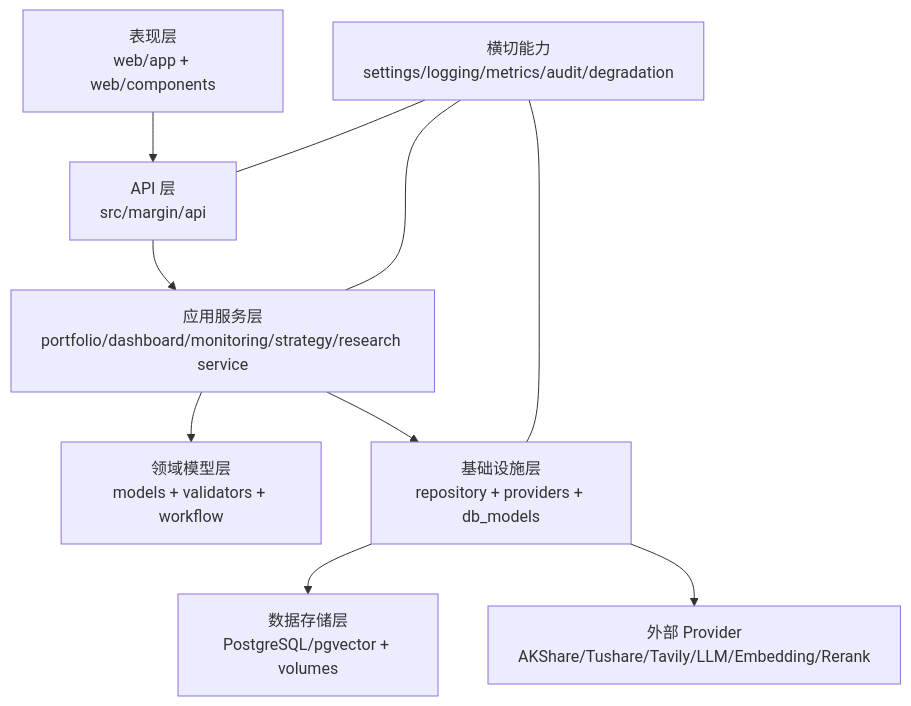
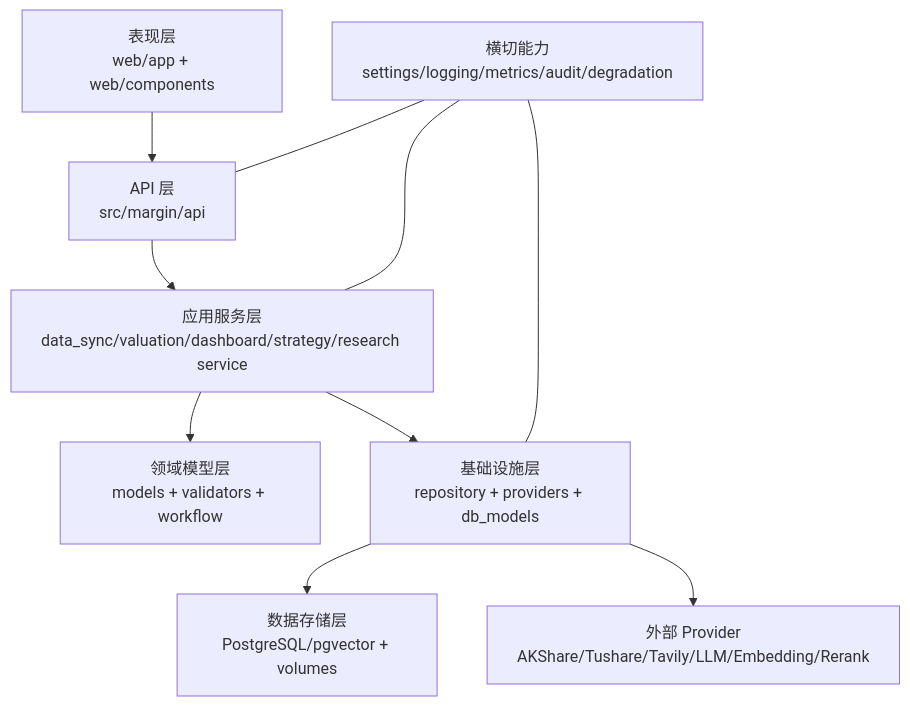
Before and after one commit to RickyW0529/Margin: the fifth of 16 diagrams in docs/design/v0.2/architecture/Margin_架构设计_v0.2_中文.md, drawn with Mermaid. The commit also changed other lines of this file and 469 other files, not shown here.

First line of the commit message:
fix(research,dashboard): repair deepseek-broken files; wire frontend↔backend through; refactor UI shell

````diff
--- a/docs/design/v0.2/architecture/Margin_架构设计_v0.2_中文.md
+++ b/docs/design/v0.2/architecture/Margin_架构设计_v0.2_中文.md
@@ -207,21 +1073,21 @@
 ```mermaid
 flowchart TB
     UI[表现层<br/>web/app + web/components]
     API[API 层<br/>src/margin/api]
-    APP[应用服务层<br/>portfolio/dashboard/monitoring/strategy/research service]
+    APP[应用服务层<br/>data_sync/valuation/dashboard/strategy/research service]
     DOMAIN[领域模型层<br/>models + validators + workflow]
     INFRA[基础设施层<br/>repository + providers + db_models]
     DATA[数据存储层<br/>PostgreSQL/pgvector + volumes]
     EXT[外部 Provider<br/>AKShare/Tushare/Tavily/LLM/Embedding/Rerank]
     OBS[横切能力<br/>settings/logging/metrics/audit/degradation]
 
     UI --> API
     API --> APP
     APP --> DOMAIN
     APP --> INFRA
     INFRA --> DATA
     INFRA --> EXT
     OBS --- API
     OBS --- APP
     OBS --- INFRA
 ```
````
